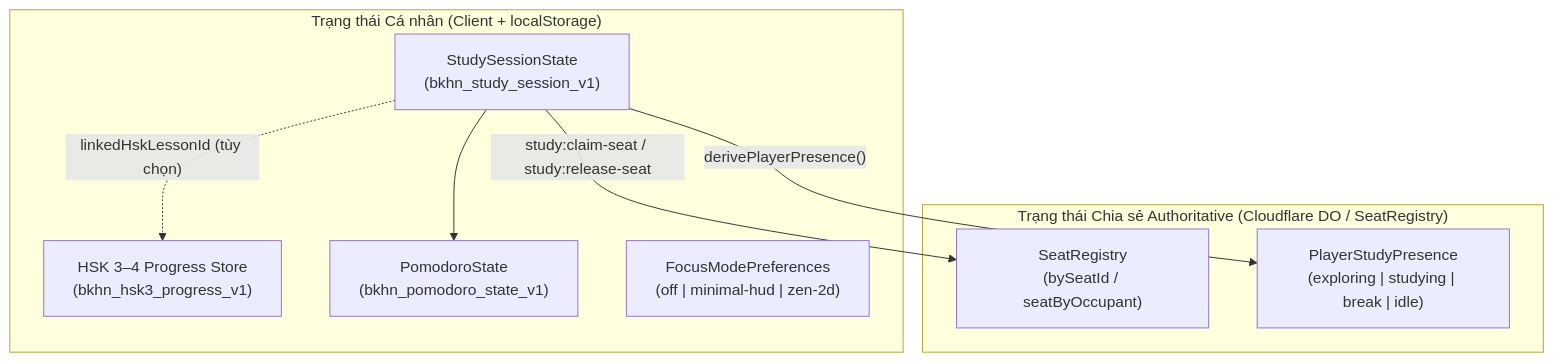
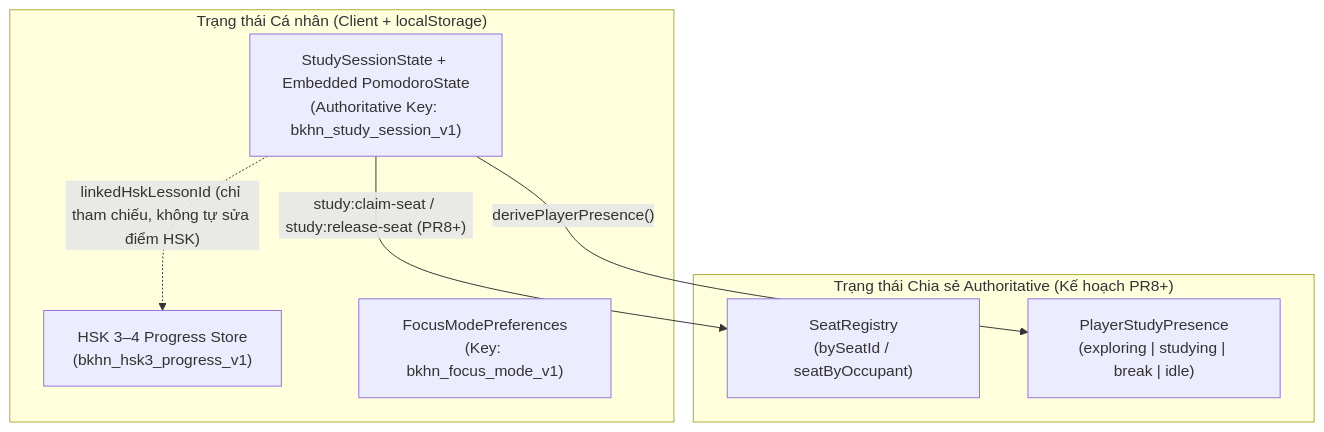
One commit to haianhant/hust-hsk changed the first of 2 diagrams in docs/features/study-pomodoro.md. Above: the diagram before and after it, drawn with Mermaid. The commit also changed other lines of this file and 22 other files, not shown here.

Commit message:
feat(study): implement PR7 Study Experience MVP (Pomodoro, Study Session, Focus Mode)

````diff
--- a/docs/features/study-pomodoro.md
+++ b/docs/features/study-pomodoro.md
@@ -25,19 +48,17 @@
 ```mermaid
 flowchart TB
   subgraph Client["Trạng thái Cá nhân (Client + localStorage)"]
     HSK["HSK 3–4 Progress Store<br/>(bkhn_hsk3_progress_v1)"]
-    SS["StudySessionState<br/>(bkhn_study_session_v1)"]
-    PM["PomodoroState<br/>(bkhn_pomodoro_state_v1)"]
-    FM["FocusModePreferences<br/>(off | minimal-hud | zen-2d)"]
-    SS --> PM
-    SS -. "linkedHskLessonId (tùy chọn)" .-> HSK
+    SS["StudySessionState + Embedded PomodoroState<br/>(Authoritative Key: bkhn_study_session_v1)"]
+    FM["FocusModePreferences<br/>(Key: bkhn_focus_mode_v1)"]
+    SS -. "linkedHskLessonId (chỉ tham chiếu, không tự sửa điểm HSK)" .-> HSK
   end
 
-  subgraph Shared["Trạng thái Chia sẻ Authoritative (Cloudflare DO / SeatRegistry)"]
+  subgraph Shared["Trạng thái Chia sẻ Authoritative (Kế hoạch PR8+)"]
     SR["SeatRegistry<br/>(bySeatId / seatByOccupant)"]
     PR["PlayerStudyPresence<br/>(exploring | studying | break | idle)"]
   end
 
   SS -- "derivePlayerPresence()" --> PR
-  SS -- "study:claim-seat / study:release-seat" --> SR
+  SS -- "study:claim-seat / study:release-seat (PR8+)" --> SR
 ```
````
